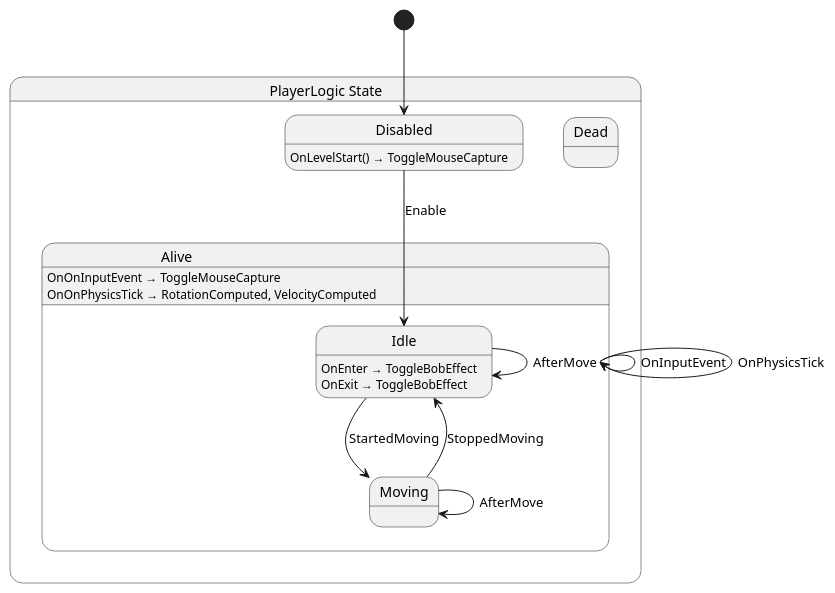
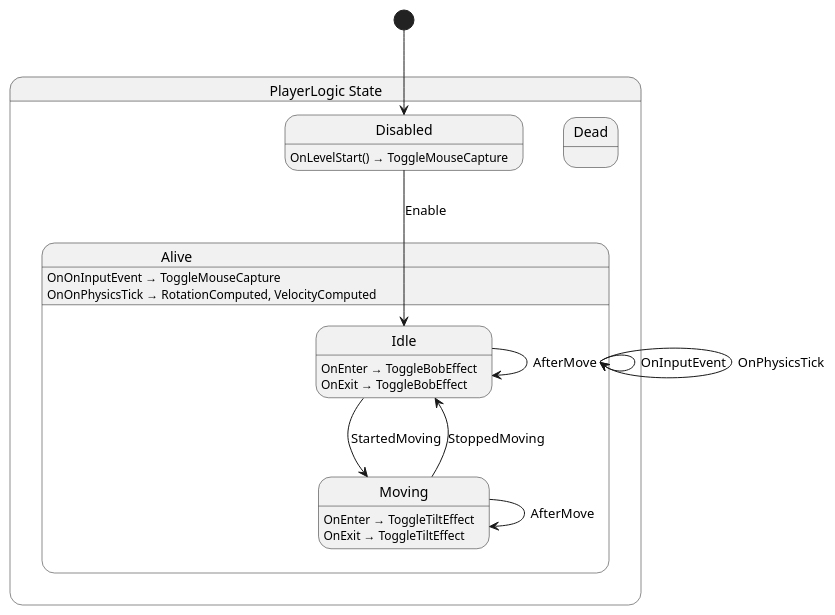
The diagram in Scripts/Drone/Player/State/PlayerLogic.g.puml (SkyValor/rescue-drone), drawn with PlantUML before and after one commit. The commit also changed 6 other files, not shown here.

Commit message:
Added tilting feature to the player drone. The PlayerLogic will output events when moving and stop moving to alert the controller about to do the thing.

```diff
--- a/Scripts/Drone/Player/State/PlayerLogic.g.puml
+++ b/Scripts/Drone/Player/State/PlayerLogic.g.puml
@@ -1,26 +1,28 @@
 @startuml PlayerLogic
 state "PlayerLogic State" as RescueDrone_PlayerLogic_State {
   state "Alive" as RescueDrone_PlayerLogic_State_Alive {
     state "Idle" as RescueDrone_PlayerLogic_State_Idle
     state "Moving" as RescueDrone_PlayerLogic_State_Moving
   }
   state "Dead" as RescueDrone_PlayerLogic_State_Dead
   state "Disabled" as RescueDrone_PlayerLogic_State_Disabled
 }
 
 RescueDrone_PlayerLogic_State_Alive --> RescueDrone_PlayerLogic_State_Alive : OnInputEvent
 RescueDrone_PlayerLogic_State_Alive --> RescueDrone_PlayerLogic_State_Alive : OnPhysicsTick
 RescueDrone_PlayerLogic_State_Disabled --> RescueDrone_PlayerLogic_State_Idle : Enable
 RescueDrone_PlayerLogic_State_Idle --> RescueDrone_PlayerLogic_State_Idle : AfterMove
 RescueDrone_PlayerLogic_State_Idle --> RescueDrone_PlayerLogic_State_Moving : StartedMoving
 RescueDrone_PlayerLogic_State_Moving --> RescueDrone_PlayerLogic_State_Idle : StoppedMoving
 RescueDrone_PlayerLogic_State_Moving --> RescueDrone_PlayerLogic_State_Moving : AfterMove
 
 RescueDrone_PlayerLogic_State_Alive : OnOnInputEvent → ToggleMouseCapture
 RescueDrone_PlayerLogic_State_Alive : OnOnPhysicsTick → RotationComputed, VelocityComputed
 RescueDrone_PlayerLogic_State_Disabled : OnLevelStart() → ToggleMouseCapture
 RescueDrone_PlayerLogic_State_Idle : OnEnter → ToggleBobEffect
 RescueDrone_PlayerLogic_State_Idle : OnExit → ToggleBobEffect
+RescueDrone_PlayerLogic_State_Moving : OnEnter → ToggleTiltEffect
+RescueDrone_PlayerLogic_State_Moving : OnExit → ToggleTiltEffect
 
 [*] --> RescueDrone_PlayerLogic_State_Disabled
 @enduml
```
